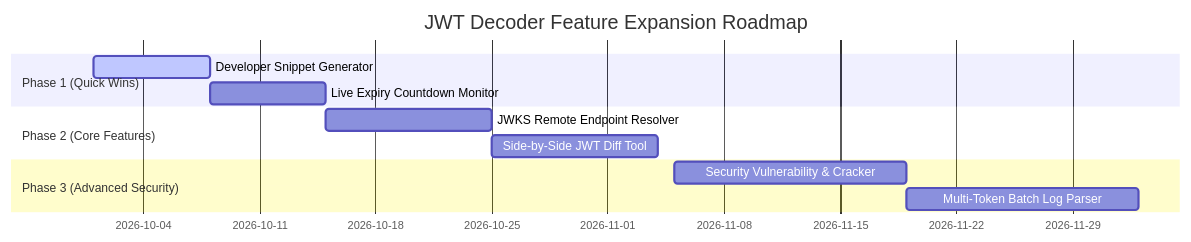
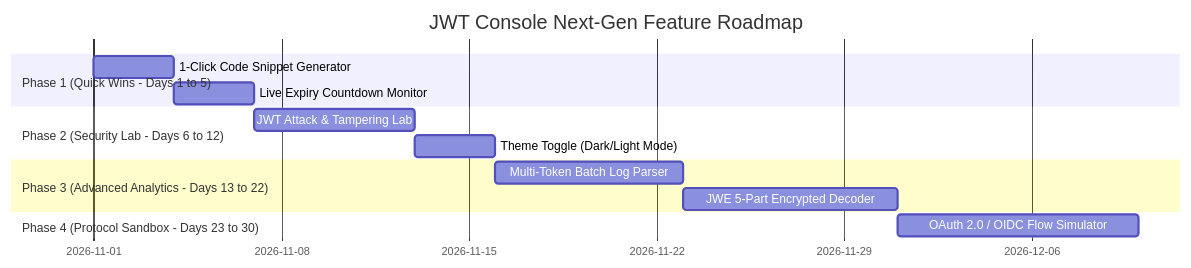
The diagram in FEATURE_PROPOSALS.md (krinakhunt12/JWT-decoder), drawn with Mermaid before and after one commit. The commit also changed other lines of this file and 10 other files, not shown here.

Commit message:
feat: add frontend components, context, and views for JWT decoder tool

````diff
--- a/FEATURE_PROPOSALS.md
+++ b/FEATURE_PROPOSALS.md
@@ -139,14 +209,16 @@
 ```mermaid
 gantt
-    title JWT Decoder Feature Expansion Roadmap
+    title JWT Console Next-Gen Feature Roadmap
     dateFormat  YYYY-MM-DD
-    section Phase 1 (Quick Wins)
-    Developer Snippet Generator      :active, p1, 2026-10-01, 7d
-    Live Expiry Countdown Monitor    :p2, 2026-10-08, 7d
-    section Phase 2 (Core Features)
-    JWKS Remote Endpoint Resolver    :p3, 2026-10-15, 10d
-    Side-by-Side JWT Diff Tool       :p4, 2026-10-25, 10d
-    section Phase 3 (Advanced Security)
-    Security Vulnerability & Cracker :p5, 2026-11-05, 14d
-    Multi-Token Batch Log Parser     :p6, 2026-11-19, 14d
+    section Phase 1 (Quick Wins - Days 1 to 5)
+    1-Click Code Snippet Generator    :p1, 2026-11-01, 3d
+    Live Expiry Countdown Monitor     :p2, 2026-11-04, 3d
+    section Phase 2 (Security Lab - Days 6 to 12)
+    JWT Attack & Tampering Lab        :p3, 2026-11-07, 6d
+    Theme Toggle (Dark/Light Mode)    :p4, 2026-11-13, 3d
+    section Phase 3 (Advanced Analytics - Days 13 to 22)
+    Multi-Token Batch Log Parser      :p5, 2026-11-16, 7d
+    JWE 5-Part Encrypted Decoder      :p6, 2026-11-23, 8d
+    section Phase 4 (Protocol Sandbox - Days 23 to 30)
+    OAuth 2.0 / OIDC Flow Simulator   :p7, 2026-12-01, 9d
 ```
````
